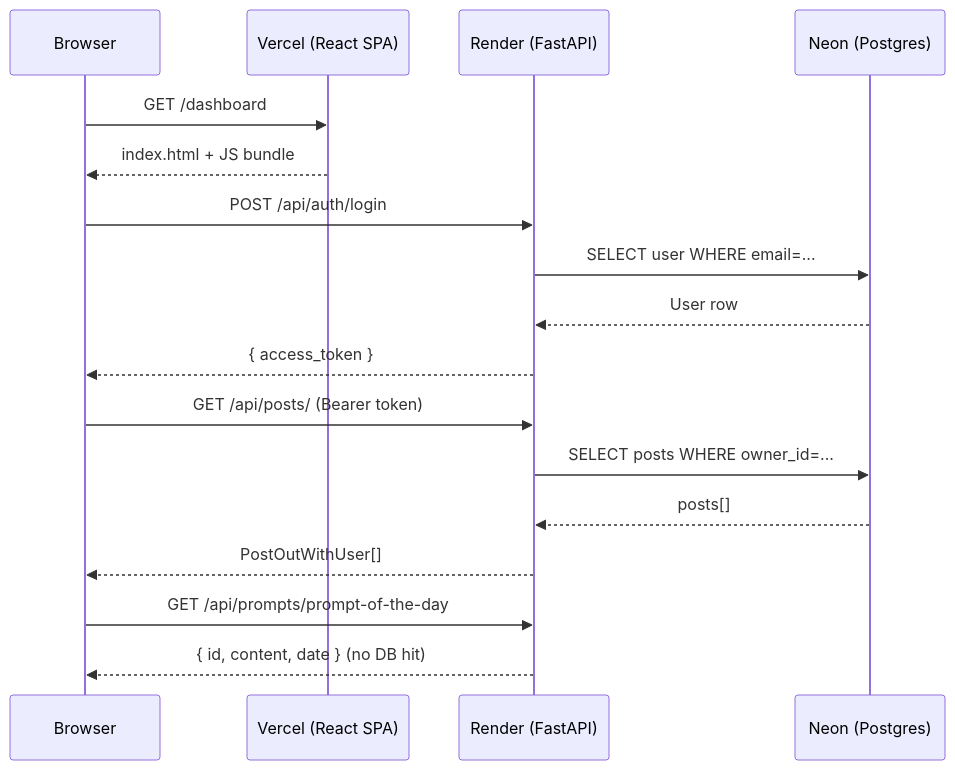
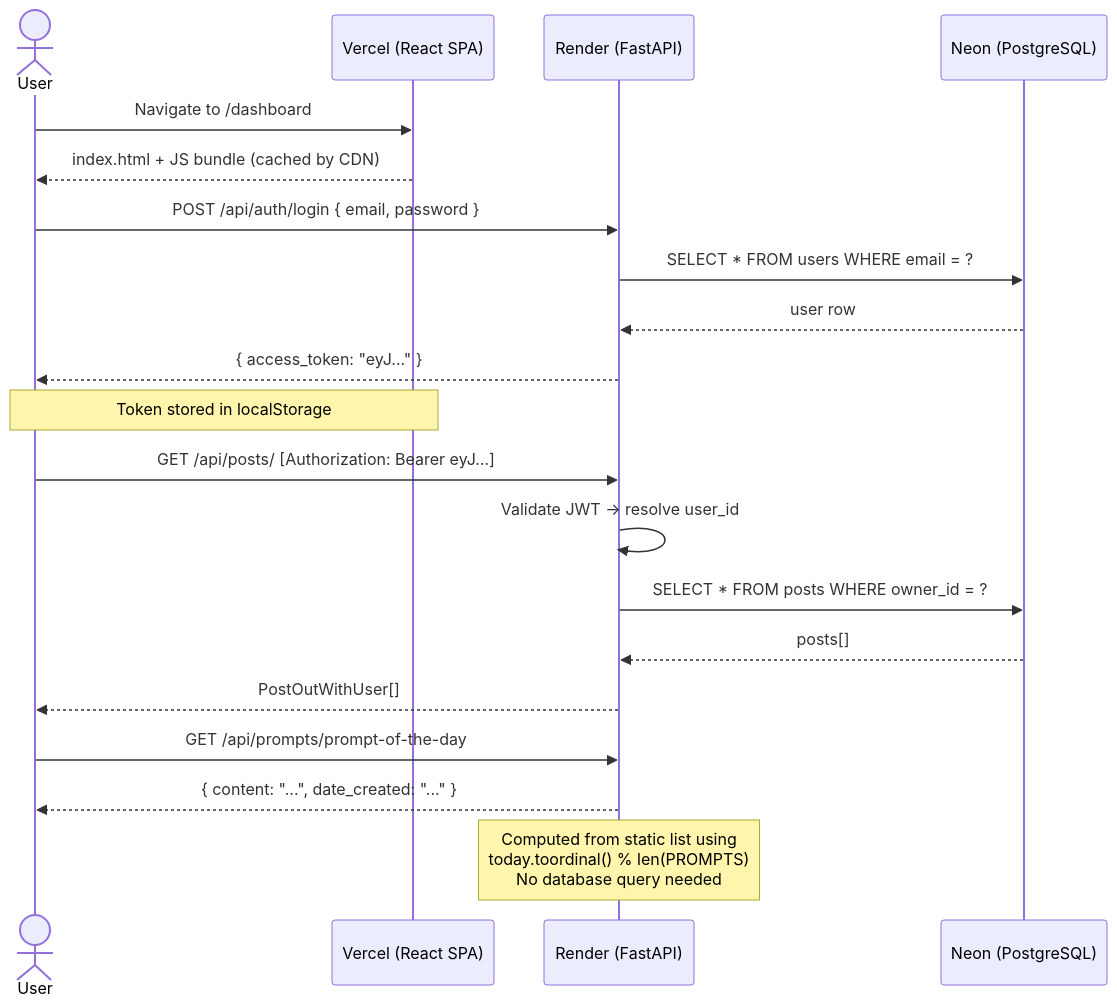
Before and after one commit to Sfayson1/Luma: the second of 4 diagrams in docs/architecture.md, drawn with Mermaid. The commit also changed other lines of this file, not shown here.

Commit message:
refactor: update architecture documentation for clarity and consistency

````diff
--- a/docs/architecture.md
+++ b/docs/architecture.md
@@ -47,23 +46,27 @@
 ```mermaid
 sequenceDiagram
-    participant B as Browser
-    participant V as Vercel (React SPA)
-    participant R as Render (FastAPI)
-    participant DB as Neon (Postgres)
+    actor U as User
+    participant FE as Vercel (React SPA)
+    participant BE as Render (FastAPI)
+    participant DB as Neon (PostgreSQL)
 
-    B->>V: GET /dashboard
-    V-->>B: index.html + JS bundle
+    U->>FE: Navigate to /dashboard
+    FE-->>U: index.html + JS bundle (cached by CDN)
 
-    B->>R: POST /api/auth/login
-    R->>DB: SELECT user WHERE email=...
-    DB-->>R: User row
-    R-->>B: { access_token }
+    U->>BE: POST /api/auth/login { email, password }
+    BE->>DB: SELECT * FROM users WHERE email = ?
+    DB-->>BE: user row
+    BE-->>U: { access_token: "eyJ..." }
 
-    B->>R: GET /api/posts/ (Bearer token)
-    R->>DB: SELECT posts WHERE owner_id=...
-    DB-->>R: posts[]
-    R-->>B: PostOutWithUser[]
+    Note over U,FE: Token stored in localStorage
 
-    B->>R: GET /api/prompts/prompt-of-the-day
-    R-->>B: { id, content, date } (no DB hit)
+    U->>BE: GET /api/posts/  [Authorization: Bearer eyJ...]
+    BE->>BE: Validate JWT → resolve user_id
+    BE->>DB: SELECT * FROM posts WHERE owner_id = ?
+    DB-->>BE: posts[]
+    BE-->>U: PostOutWithUser[]
+
+    U->>BE: GET /api/prompts/prompt-of-the-day
+    BE-->>U: { content: "...", date_created: "..." }
+    Note over BE: Computed from static list using<br/>today.toordinal() % len(PROMPTS)<br/>No database query needed
 ```
````
